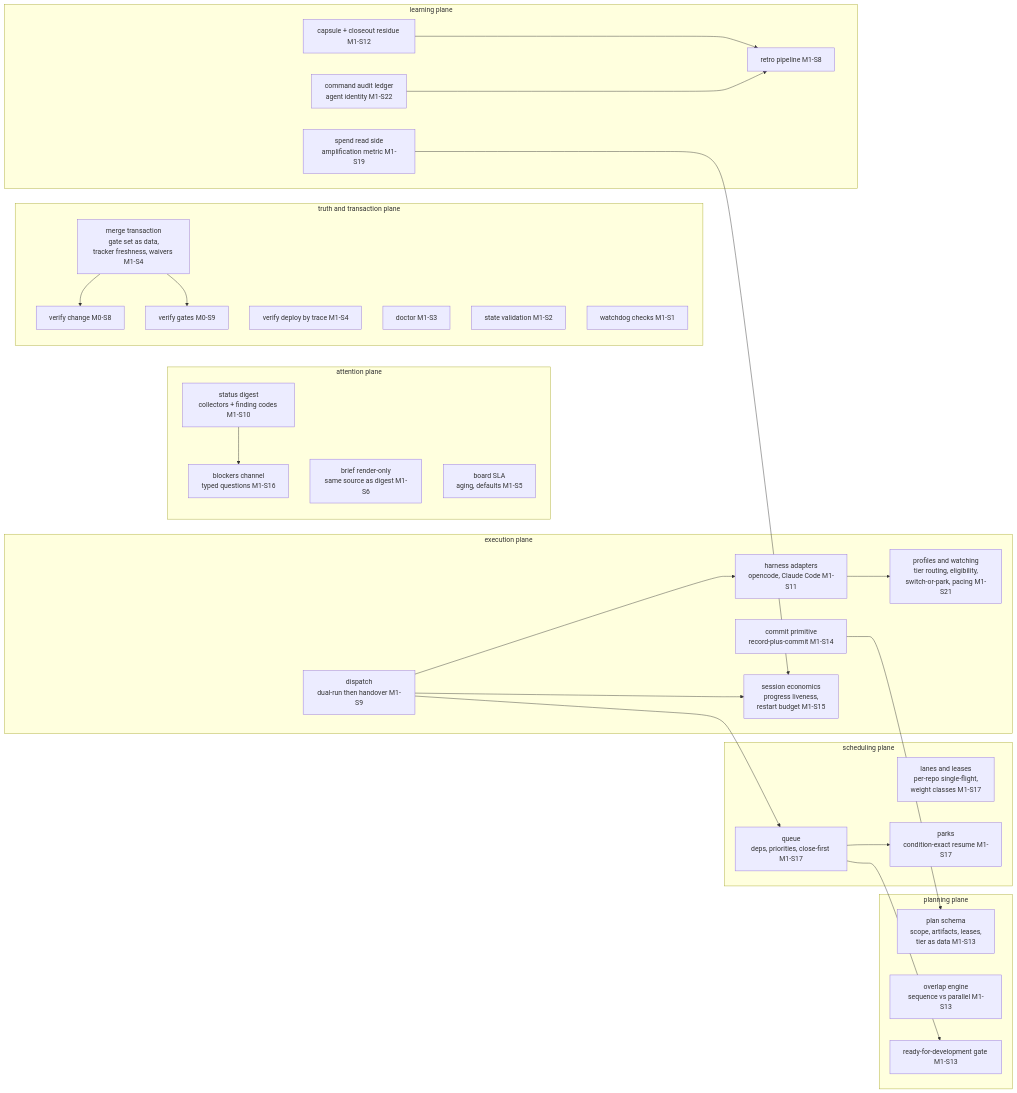
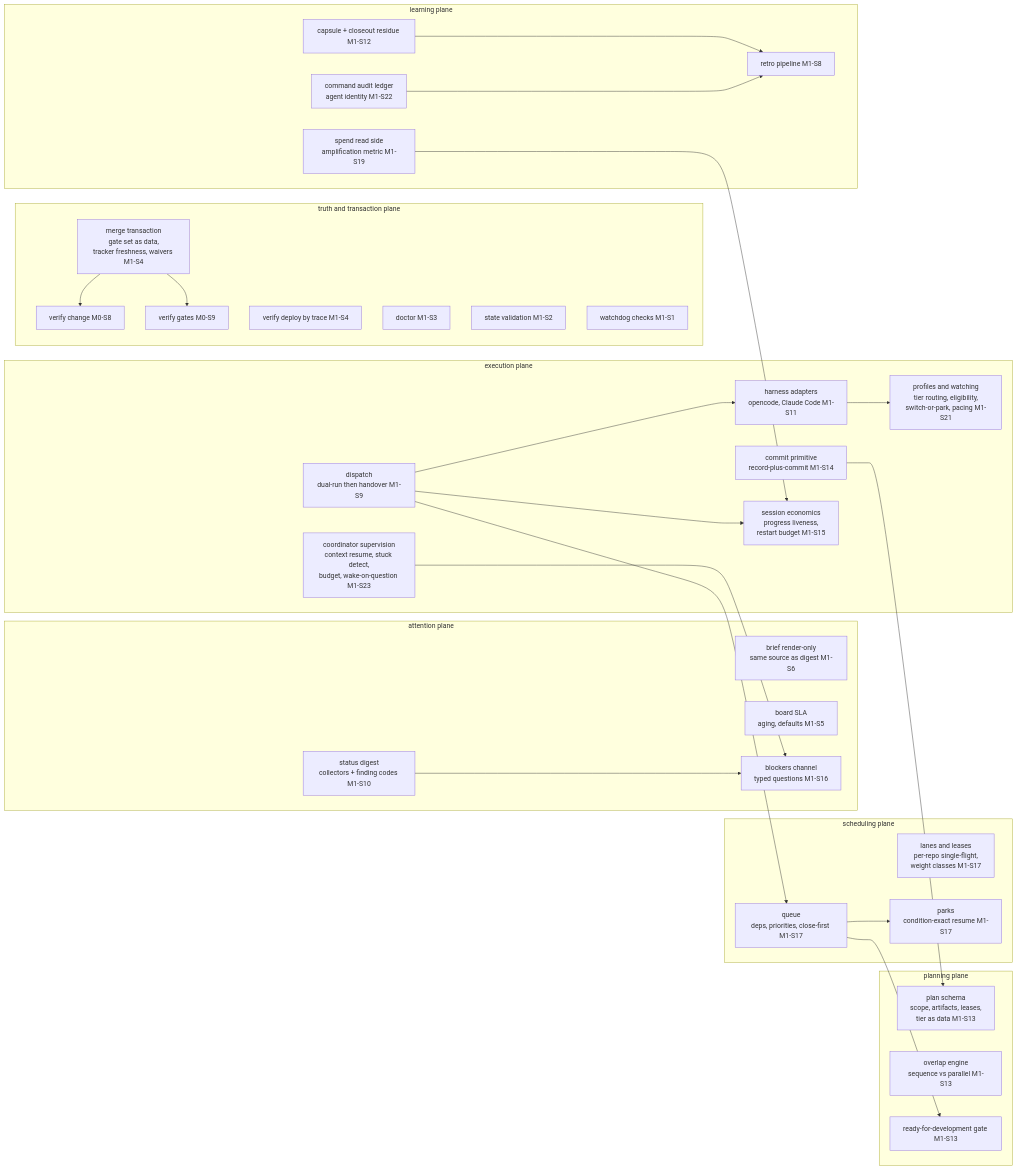
Before and after one commit to juliusz-cwiakalski/agentic-delivery-os: the third of 8 diagrams in doc/planning/oss-tooling/milestones/m1/architecture.md, drawn with Mermaid. The commit also changed other lines of this file and 15 other files, not shown here.

````diff
--- a/doc/planning/oss-tooling/milestones/m1/architecture.md
+++ b/doc/planning/oss-tooling/milestones/m1/architecture.md
@@ -86,54 +86,56 @@
 ```mermaid
 flowchart LR
     subgraph attention [attention plane]
         ST[status digest<br/>collectors + finding codes M1-S10]
         BR[brief render-only<br/>same source as digest M1-S6]
         BD[board SLA<br/>aging, defaults M1-S5]
         BLK[blockers channel<br/>typed questions M1-S16]
     end
     subgraph truth [truth and transaction plane]
         VC[verify change M0-S8]
         VG[verify gates M0-S9]
         MG[merge transaction<br/>gate set as data,<br/>tracker freshness, waivers M1-S4]
         VD[verify deploy by trace M1-S4]
         DR[doctor M1-S3]
         SV[state validation M1-S2]
         WD[watchdog checks M1-S1]
     end
     subgraph planp [planning plane]
         PS[plan schema<br/>scope, artifacts, leases,<br/>tier as data M1-S13]
         OV[overlap engine<br/>sequence vs parallel M1-S13]
         RDY[ready-for-development gate M1-S13]
     end
     subgraph schedp [scheduling plane]
         QU[queue<br/>deps, priorities, close-first M1-S17]
         LN[lanes and leases<br/>per-repo single-flight,<br/>weight classes M1-S17]
         PK[parks<br/>condition-exact resume M1-S17]
     end
     subgraph exec [execution plane]
         DP[dispatch<br/>dual-run then handover M1-S9]
         HA[harness adapters<br/>opencode, Claude Code M1-S11]
         CM[commit primitive<br/>record-plus-commit M1-S14]
         SE[session economics<br/>progress liveness,<br/>restart budget M1-S15]
         PF[profiles and watching<br/>tier routing, eligibility,<br/>switch-or-park, pacing M1-S21]
+        CS[coordinator supervision<br/>context resume, stuck detect,<br/>budget, wake-on-question M1-S23]
     end
     subgraph learn [learning plane]
         RT[retro pipeline M1-S8]
         CP[capsule + closeout residue M1-S12]
         SP[spend read side<br/>amplification metric M1-S19]
         AUD[command audit ledger<br/>agent identity M1-S22]
     end
     ST --> BLK
     MG --> VG
     MG --> VC
     QU --> RDY
     QU --> PK
     DP --> HA
     DP --> SE
     DP --> QU
     HA --> PF
+    CS --> BLK
     CM --> PS
     SP --> SE
     CP --> RT
     AUD --> RT
 ```
````
